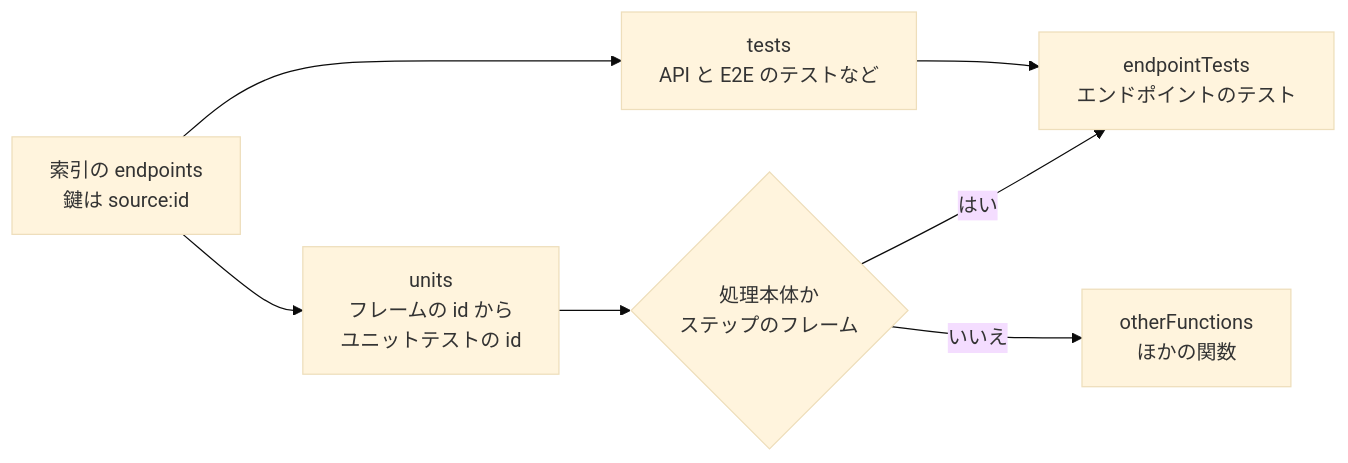
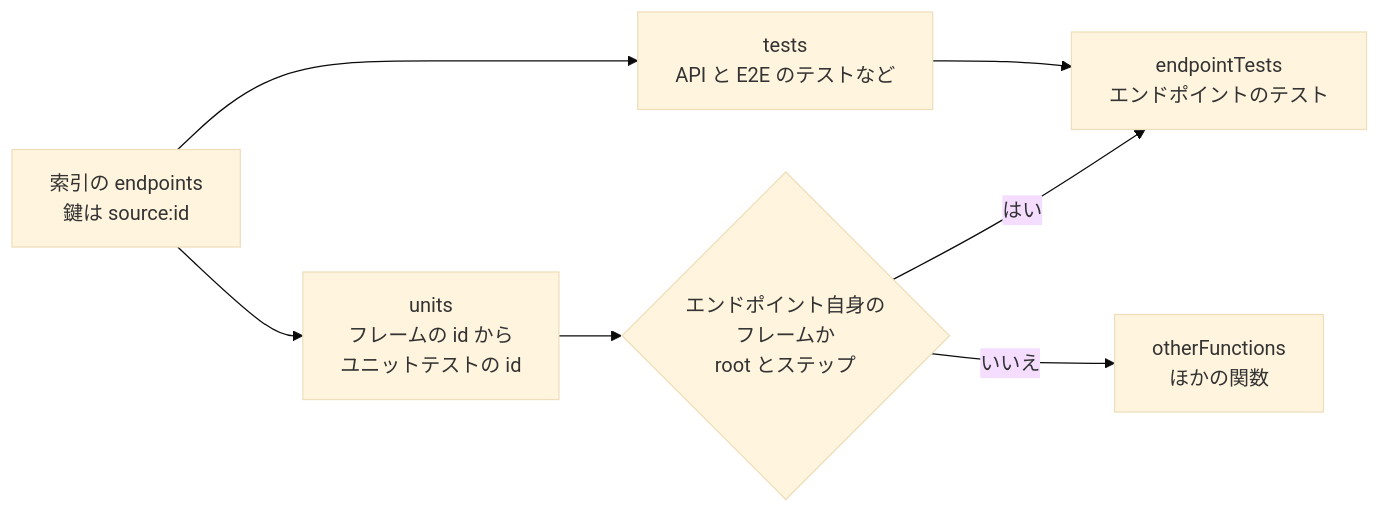
Before and after one commit to maronnjapan/maronn-openid-connect: the ninth of 42 diagrams in apps/tests/docs/06-viewer.md, drawn with Mermaid (base theme). The commit also changed other lines of this file and 11 other files, not shown here.

````diff
--- a/apps/tests/docs/06-viewer.md
+++ b/apps/tests/docs/06-viewer.md
@@ -530,15 +730,15 @@
 ```mermaid
 flowchart LR
   REF["索引の endpoints<br/>鍵は source:id"]
   T["tests<br/>API と E2E のテストなど"]
   U["units<br/>フレームの id から<br/>ユニットテストの id"]
-  OWN{"処理本体か<br/>ステップのフレーム"}
+  OWN{"エンドポイント自身の<br/>フレームか<br/>root とステップ"}
   ET["endpointTests<br/>エンドポイントのテスト"]
   OF["otherFunctions<br/>ほかの関数"]
   REF --> T
   REF --> U
   T --> ET
   U --> OWN
   OWN -->|"はい"| ET
   OWN -->|"いいえ"| OF
 ```
````
